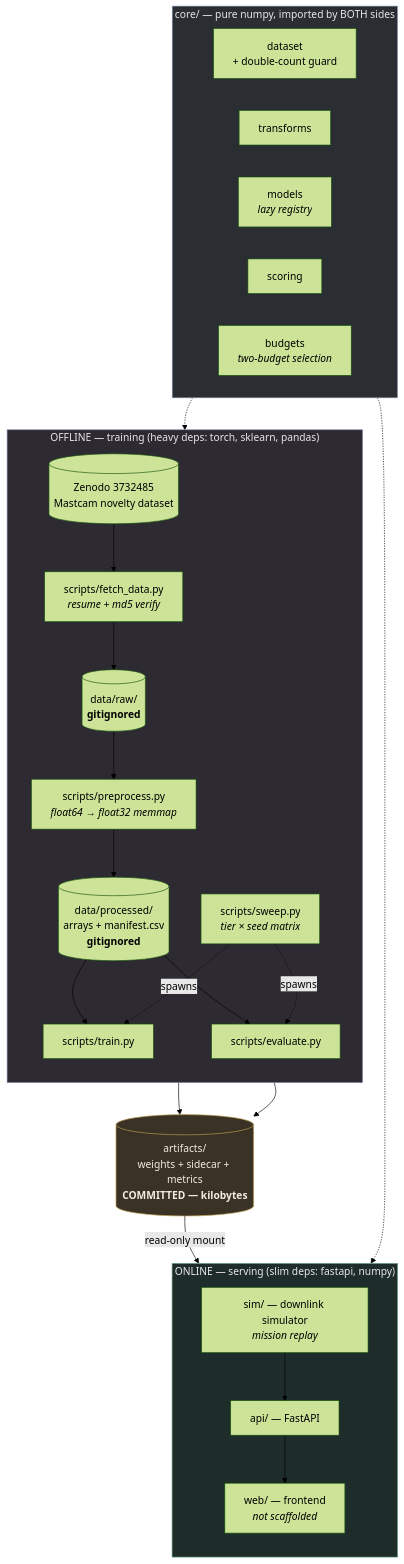
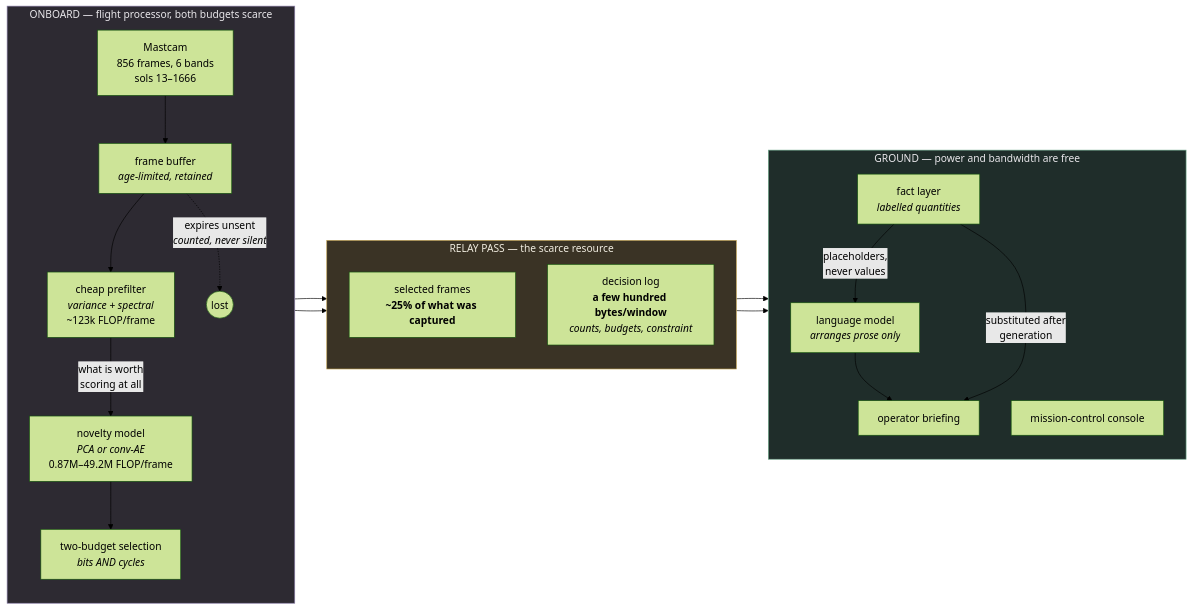
One commit to maksim-shabunov/novum changed the diagram in README.md. Above: the diagram before and after it, drawn with Mermaid (forest theme). The commit also changed other lines of this file and 80 other files, not shown here.

````diff
--- a/README.md
+++ b/README.md
@@ -45,50 +109,36 @@
 ```mermaid
-flowchart TB
-    subgraph offline["OFFLINE — training (heavy deps: torch, sklearn, pandas)"]
+flowchart LR
+    subgraph rover["ONBOARD — flight processor, both budgets scarce"]
         direction TB
-        Z[("Zenodo 3732485<br/>Mastcam novelty dataset")]
-        F["scripts/fetch_data.py<br/><i>resume + md5 verify</i>"]
-        P["scripts/preprocess.py<br/><i>float64 → float32 memmap</i>"]
-        RAW[("data/raw/<br/><b>gitignored</b>")]
-        PROC[("data/processed/<br/>arrays + manifest.csv<br/><b>gitignored</b>")]
-        T["scripts/train.py"]
-        E["scripts/evaluate.py"]
-        S["scripts/sweep.py<br/><i>tier × seed matrix</i>"]
-
-        Z --> F --> RAW --> P --> PROC --> T
-        PROC --> E
-        S -.spawns.-> T
-        S -.spawns.-> E
+        CAM["Mastcam<br/>856 frames, 6 bands<br/>sols 13–1666"]
+        BUF["frame buffer<br/><i>age-limited, retained</i>"]
+        PRE["cheap prefilter<br/><i>variance + spectral</i><br/>~123k FLOP/frame"]
+        SCORE["novelty model<br/><i>PCA or conv-AE</i><br/>0.87M–49.2M FLOP/frame"]
+        SEL["two-budget selection<br/><i>bits AND cycles</i>"]
+        CAM --> BUF --> PRE -->|"what is worth<br/>scoring at all"| SCORE --> SEL
+        BUF -.->|"expires unsent<br/><i>counted, never silent</i>"| X(("lost"))
     end
 
-    subgraph core["core/ — pure numpy, imported by BOTH sides"]
-        direction LR
-        DS["dataset<br/>+ double-count guard"]
-        TR["transforms"]
-        MD["models<br/><i>lazy registry</i>"]
-        SC["scoring"]
-        BU["budgets<br/><i>two-budget selection</i>"]
+    subgraph link["RELAY PASS — the scarce resource"]
+        direction TB
+        FRAMES["selected frames<br/><b>~25% of what was captured</b>"]
+        LOG["decision log<br/><b>a few hundred bytes/window</b><br/><i>counts, budgets, constraint</i>"]
     end
 
-    ART[("artifacts/<br/>weights + sidecar + metrics<br/><b>COMMITTED — kilobytes</b>")]
-
-    subgraph online["ONLINE — serving (slim deps: fastapi, numpy)"]
+    subgraph ground["GROUND — power and bandwidth are free"]
         direction TB
-        API["api/ — FastAPI"]
-        SIM["sim/ — downlink simulator<br/><i>mission replay</i>"]
-        WEB["web/ — frontend<br/><i>not scaffolded</i>"]
-        API --> WEB
-        SIM --> API
+        FACTS["fact layer<br/><i>labelled quantities</i>"]
+        LLM["language model<br/><i>arranges prose only</i>"]
+        BRIEF["operator briefing"]
+        CONSOLE["mission-control console"]
+        FACTS -->|"placeholders,<br/>never values"| LLM --> BRIEF
+        FACTS -->|"substituted after<br/>generation"| BRIEF
     end
 
-    T --> ART
-    E --> ART
-    ART -->|read-only mount| API
-    core -.-> offline
-    core -.-> online
+    SEL --> FRAMES --> CONSOLE
+    SEL --> LOG --> FACTS
 
-    style offline fill:#2d2a32,stroke:#8b7fa8,color:#e8e6ea
-    style online fill:#1f2d2a,stroke:#6fa88b,color:#e8e6ea
-    style core fill:#2a2d32,stroke:#7f8fa8,color:#e8e6ea
-    style ART fill:#3a3325,stroke:#c0a050,color:#f0ece0
+    style rover fill:#2d2a32,stroke:#8b7fa8,color:#e8e6ea
+    style link fill:#3a3325,stroke:#c0a050,color:#f0ece0
+    style ground fill:#1f2d2a,stroke:#6fa88b,color:#e8e6ea
 ```
````
